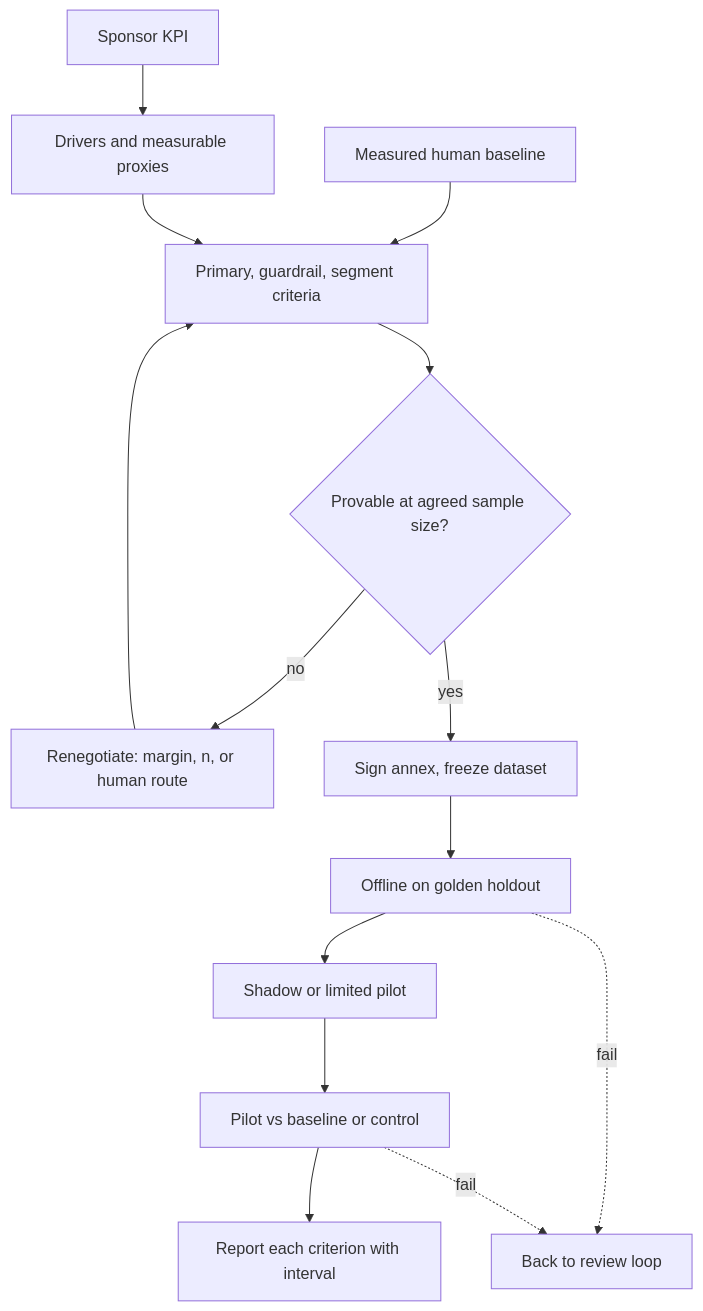
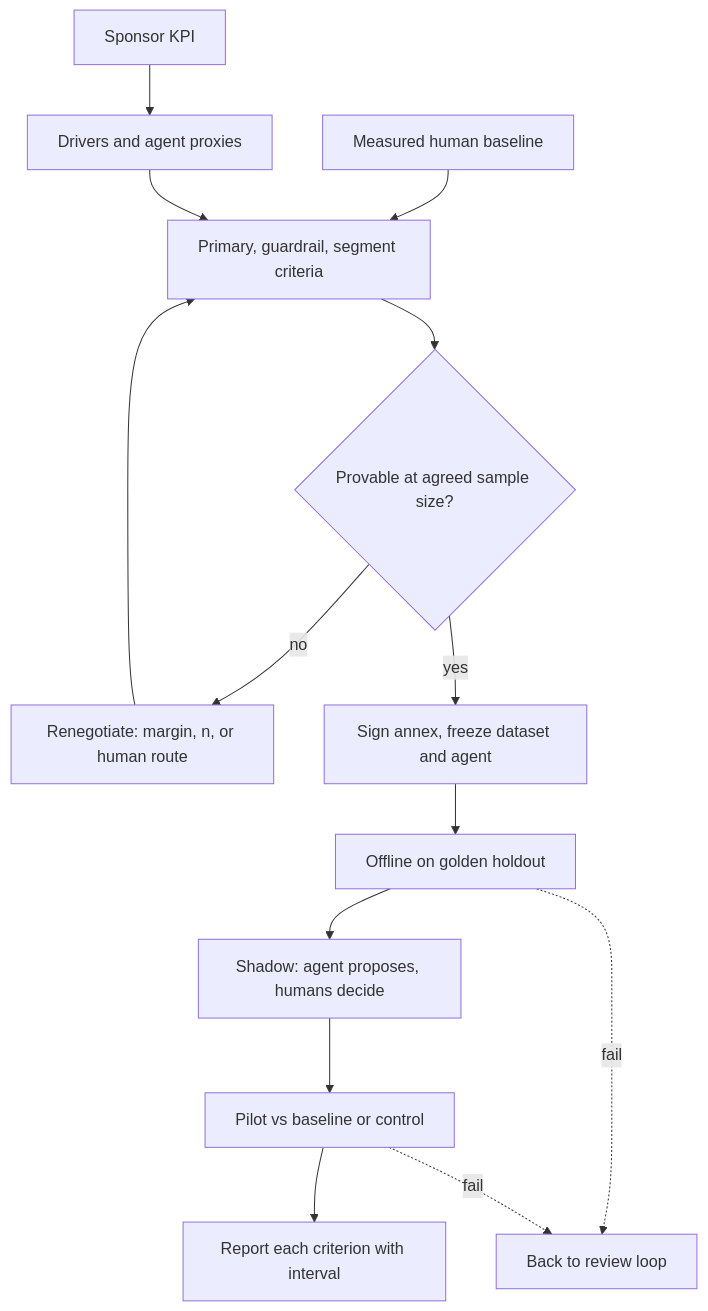
One commit to lovishmahajan97/agentic-learning changed the diagram in content/customer-data-evaluation/acceptance-testing-against-customer-kpis.md. Above: the diagram before and after it, drawn with Mermaid. The commit also changed other lines of this file and 454 other files, not shown here.

````diff
--- a/content/customer-data-evaluation/acceptance-testing-against-customer-kpis.md
+++ b/content/customer-data-evaluation/acceptance-testing-against-customer-kpis.md
@@ -107,16 +126,16 @@
 ```mermaid
 flowchart TD
-    K["Sponsor KPI"] --> D["Drivers and measurable proxies"]
+    K["Sponsor KPI"] --> D["Drivers and agent proxies"]
     B["Measured human baseline"] --> C
     D --> C["Primary, guardrail, segment criteria"]
     C --> F{"Provable at agreed sample size?"}
     F -->|"no"| R["Renegotiate: margin, n, or human route"]
     R --> C
-    F -->|"yes"| S["Sign annex, freeze dataset"]
+    F -->|"yes"| S["Sign annex, freeze dataset and agent"]
     S --> O["Offline on golden holdout"]
-    O --> P["Shadow or limited pilot"]
+    O --> P["Shadow: agent proposes, humans decide"]
     P --> T["Pilot vs baseline or control"]
     T --> E["Report each criterion with interval"]
     O -.->|"fail"| L["Back to review loop"]
     T -.->|"fail"| L
 ```
````
